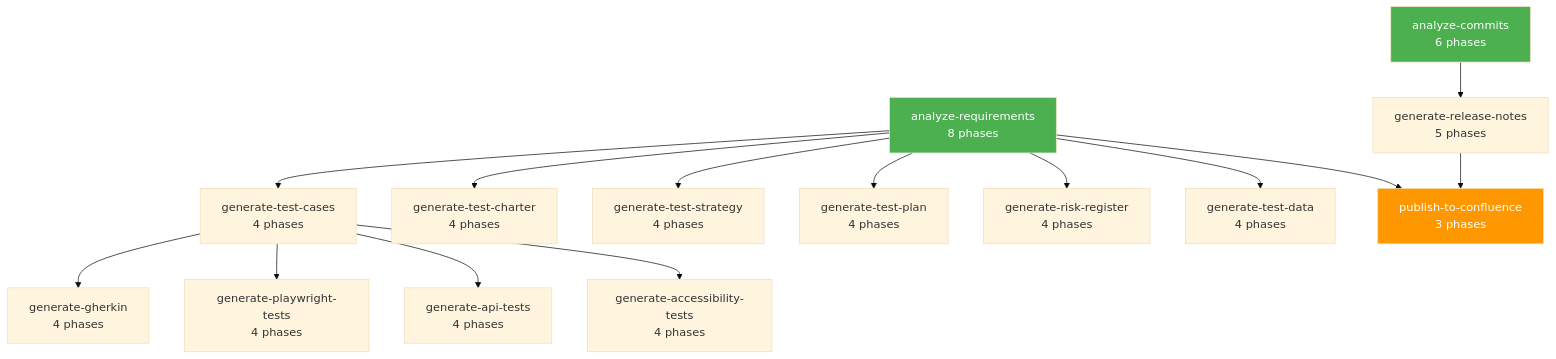
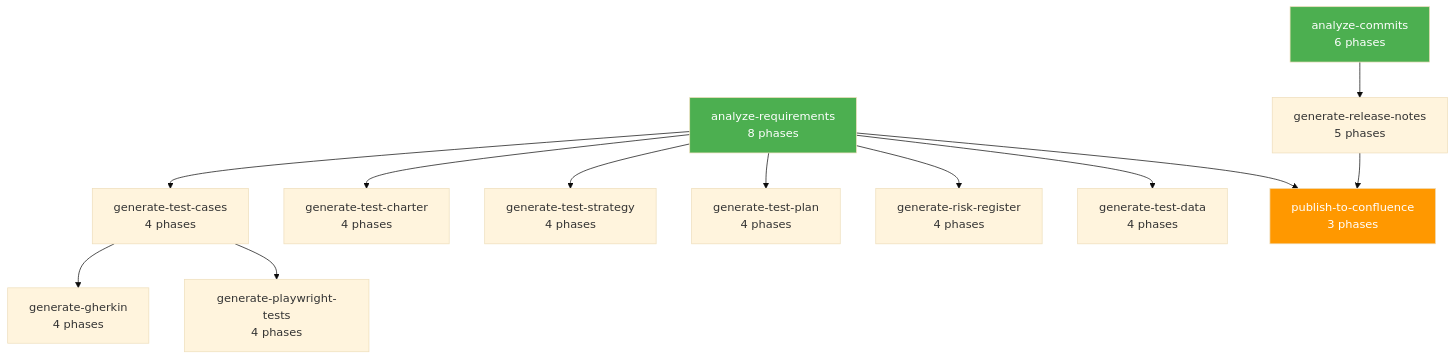
Before and after one commit to taouani/agent-qa: the first of 2 diagrams in README.md, drawn with Mermaid (base theme). The commit also changed other lines of this file, not shown here.

````diff
--- a/README.md
+++ b/README.md
@@ -216,21 +214,19 @@
 ```mermaid
 graph TD
     AR[analyze-requirements<br/>8 phases] --> TC[generate-test-cases<br/>4 phases]
     AR --> TCh[generate-test-charter<br/>4 phases]
     AR --> TS[generate-test-strategy<br/>4 phases]
     AR --> TP[generate-test-plan<br/>4 phases]
     AR --> RR[generate-risk-register<br/>4 phases]
     TC --> GK[generate-gherkin<br/>4 phases]
     TC --> PW[generate-playwright-tests<br/>4 phases]
-    TC --> API[generate-api-tests<br/>4 phases]
-    TC --> A11Y[generate-accessibility-tests<br/>4 phases]
     AR --> TD[generate-test-data<br/>4 phases]
     AR --> PC[publish-to-confluence<br/>3 phases]
 
     AC[analyze-commits<br/>6 phases] --> RN[generate-release-notes<br/>5 phases]
     RN --> PC
 
     style AR fill:#4CAF50,color:#fff
     style AC fill:#4CAF50,color:#fff
     style PC fill:#FF9800,color:#fff
 ```
````
